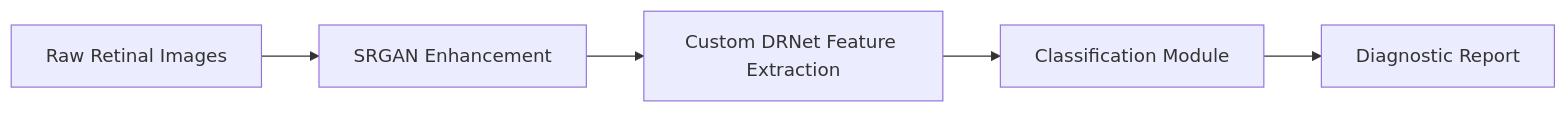
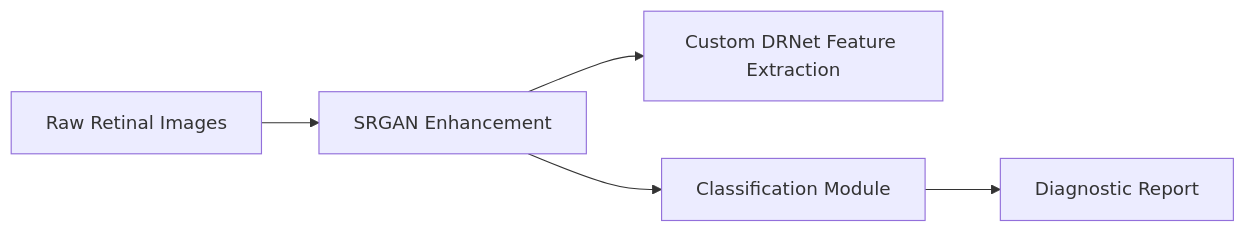
One commit to nameishyam/code-implementation changed the diagram in README.md. Above: the diagram before and after it, drawn with Mermaid.

Commit message:
Fix flowchart order in README.md for clarity on image processing steps

````diff
--- a/README.md
+++ b/README.md
@@ -53,7 +53,7 @@
 ```mermaid
 flowchart LR
-    A[Raw Retinal Images] --> B[SRGAN Enhancement]
-    B --> C[Custom DRNet Feature Extraction]
+    A[Raw Retinal Images] --> C[SRGAN Enhancement]
+    C --> B[Custom DRNet Feature Extraction]
     C --> D[Classification Module]
     D --> E[Diagnostic Report]
 ```
````
